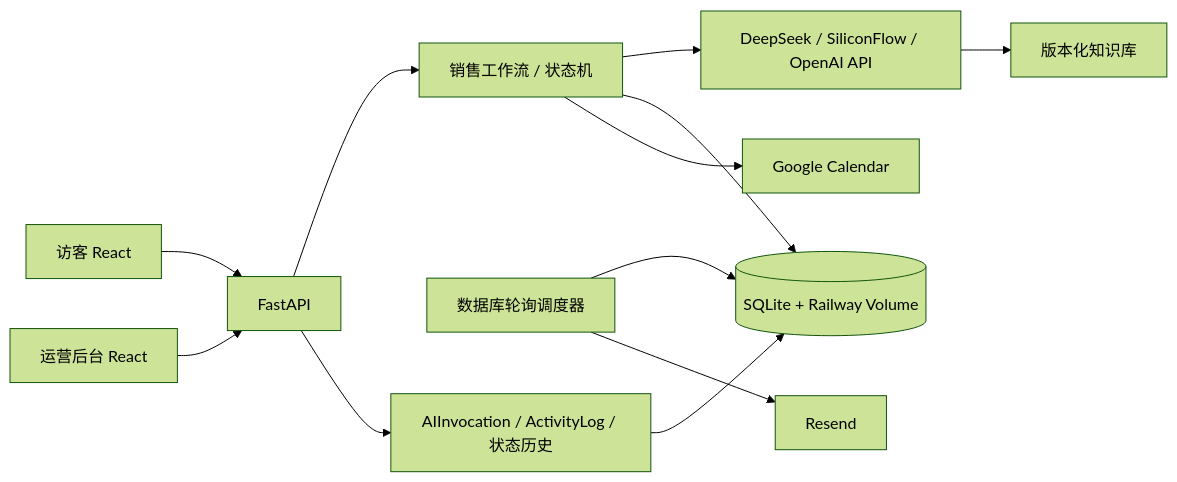
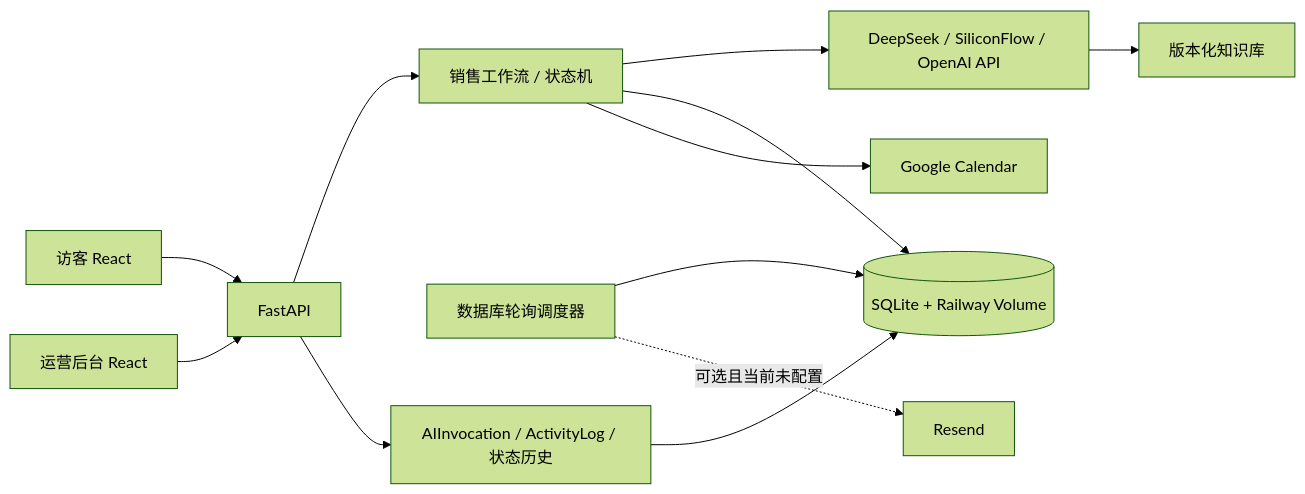
The diagram in README.md (wuyuhang0519-cyber/julu-ai-sales-assistant), drawn with Mermaid (forest theme) before and after one commit. The commit also changed other lines of this file and 8 other files, not shown here.

````diff
--- a/README.md
+++ b/README.md
@@ -56,14 +53,14 @@
 ```mermaid
 flowchart LR
   V[访客 React] --> API[FastAPI]
   O[运营后台 React] --> API
   API --> WF[销售工作流 / 状态机]
   WF --> AI[DeepSeek / SiliconFlow / OpenAI API]
   AI --> KB[版本化知识库]
   WF --> DB[(SQLite + Railway Volume)]
   WF --> CAL[Google Calendar]
   SCH[数据库轮询调度器] --> DB
-  SCH --> MAIL[Resend]
+  SCH -. 可选且当前未配置 .-> MAIL[Resend]
   API --> AUDIT[AIInvocation / ActivityLog / 状态历史]
   AUDIT --> DB
 ```
````
